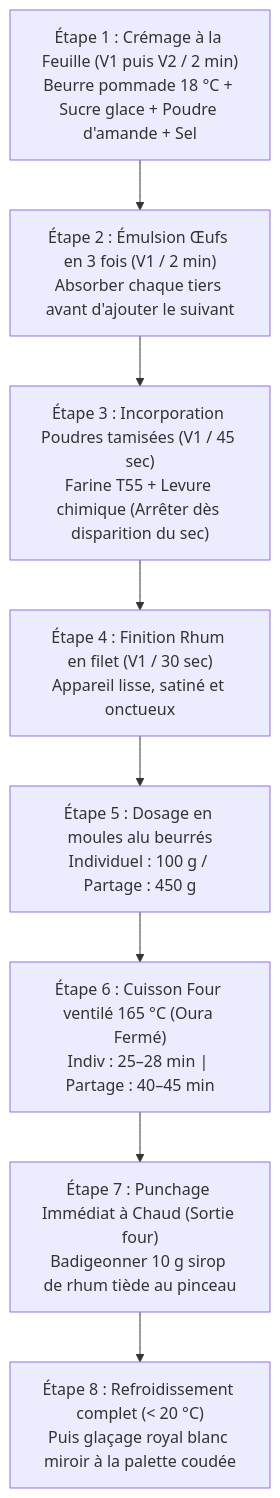
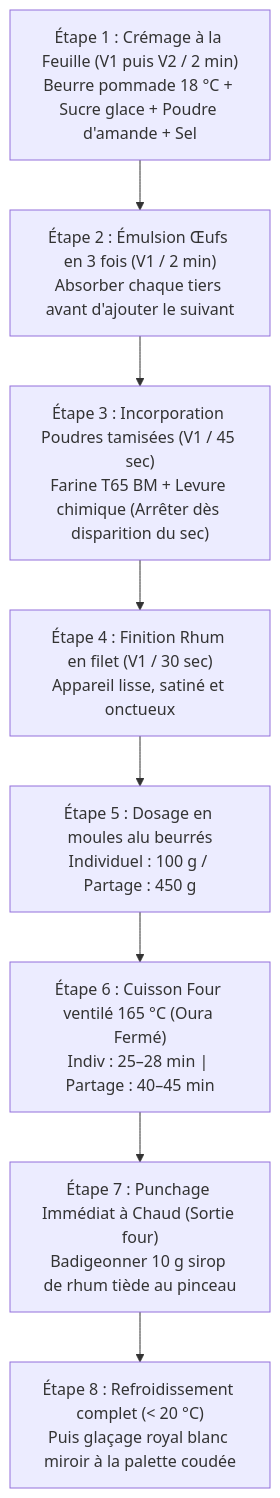
The diagram in recettes/catalogue/gateau-nantais-traditionnel.md (jri561/laboratoire-tourage-boulangerie), drawn with Mermaid before and after one commit. The commit also changed other lines of this file and 17 other files, not shown here.

````diff
--- a/recettes/catalogue/gateau-nantais-traditionnel.md
+++ b/recettes/catalogue/gateau-nantais-traditionnel.md
@@ -61,10 +61,10 @@
 ```mermaid
 flowchart TD
     A["Étape 1 : Crémage à la Feuille (V1 puis V2 / 2 min)<br>Beurre pommade 18 °C + Sucre glace + Poudre d'amande + Sel"] --> B["Étape 2 : Émulsion Œufs en 3 fois (V1 / 2 min)<br>Absorber chaque tiers avant d'ajouter le suivant"]
-    B --> C["Étape 3 : Incorporation Poudres tamisées (V1 / 45 sec)<br>Farine T55 + Levure chimique (Arrêter dès disparition du sec)"]
+    B --> C["Étape 3 : Incorporation Poudres tamisées (V1 / 45 sec)<br>Farine T65 BM + Levure chimique (Arrêter dès disparition du sec)"]
     C --> D["Étape 4 : Finition Rhum en filet (V1 / 30 sec)<br>Appareil lisse, satiné et onctueux"]
     D --> E["Étape 5 : Dosage en moules alu beurrés<br>Individuel : 100 g / Partage : 450 g"]
     E --> F["Étape 6 : Cuisson Four ventilé 165 °C (Oura Fermé)<br>Indiv : 25–28 min | Partage : 40–45 min"]
     F --> G["Étape 7 : Punchage Immédiat à Chaud (Sortie four)<br>Badigeonner 10 g sirop de rhum tiède au pinceau"]
     G --> H["Étape 8 : Refroidissement complet (< 20 °C)<br>Puis glaçage royal blanc miroir à la palette coudée"]
 ```
````
